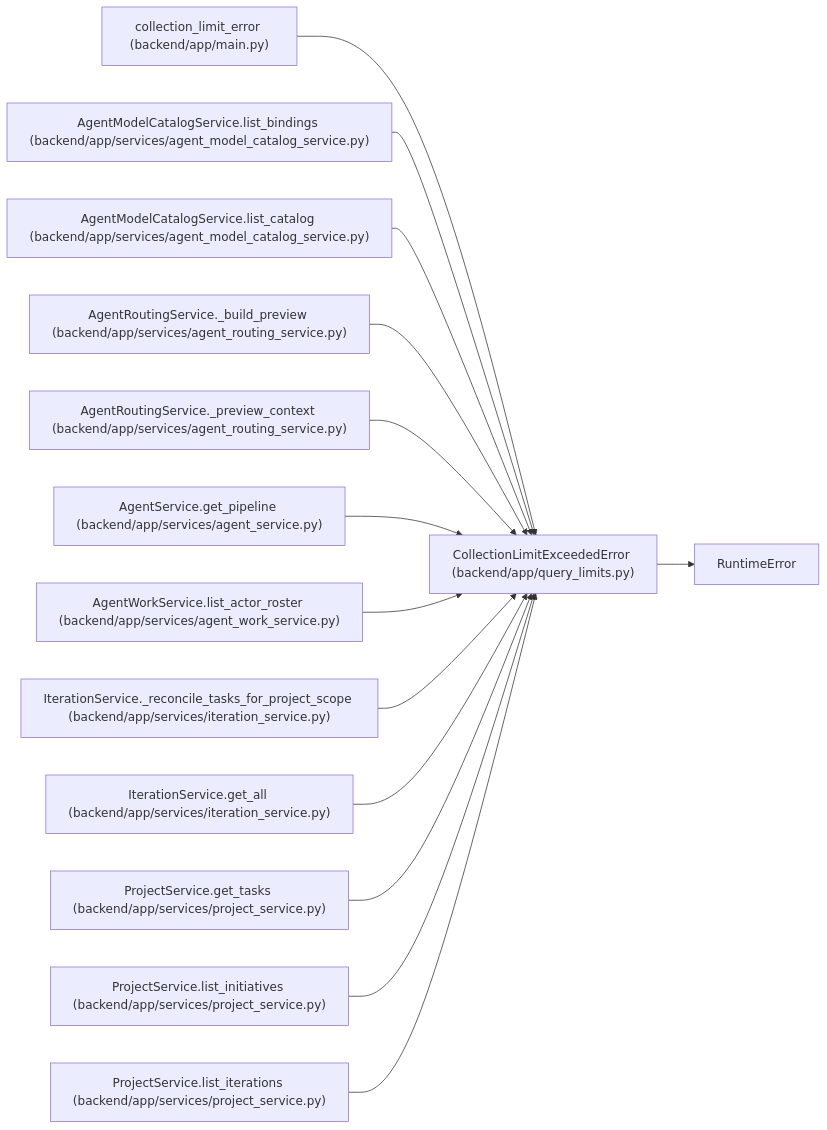
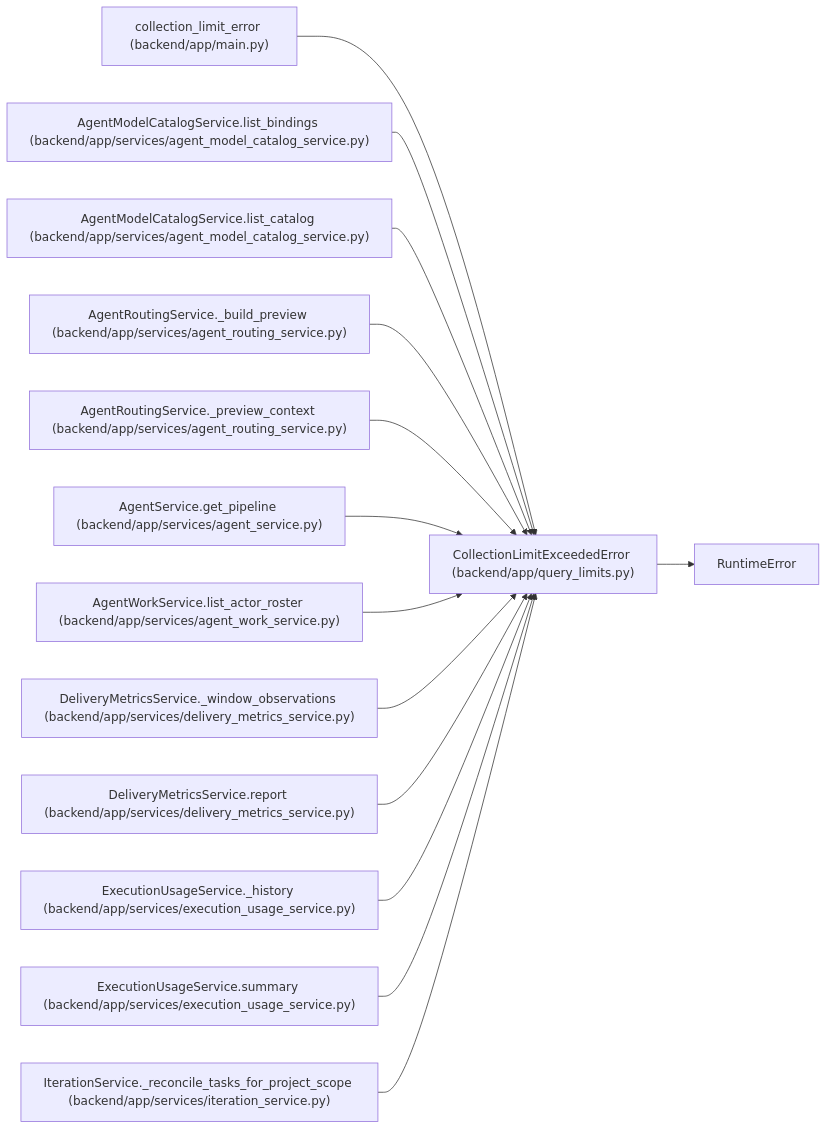
Before and after one commit to Denissvgn/WorkChord: the diagram in docs/llm_wiki/entities/CollectionLimitExceededError.md, drawn with Mermaid. The commit also changed other lines of this file and 6624 other files, not shown here.

````diff
--- a/docs/llm_wiki/entities/CollectionLimitExceededError.md
+++ b/docs/llm_wiki/entities/CollectionLimitExceededError.md
@@ -26,43 +26,43 @@
 ```mermaid
 flowchart LR
     n0["CollectionLimitExceededError (backend/app/query_limits.py)"]
     n1["RuntimeError"]
     n2["collection_limit_error (backend/app/main.py)"]
     n3["AgentModelCatalogService.list_bindings (backend/app/services/agent_model_catalog_service.py)"]
     n4["AgentModelCatalogService.list_catalog (backend/app/services/agent_model_catalog_service.py)"]
     n5["AgentRoutingService._build_preview (backend/app/services/agent_routing_service.py)"]
     n6["AgentRoutingService._preview_context (backend/app/services/agent_routing_service.py)"]
     n7["AgentService.get_pipeline (backend/app/services/agent_service.py)"]
     n8["AgentWorkService.list_actor_roster (backend/app/services/agent_work_service.py)"]
-    n9["IterationService._reconcile_tasks_for_project_scope (backend/app/services/iteration_service.py)"]
-    n10["IterationService.get_all (backend/app/services/iteration_service.py)"]
-    n11["ProjectService.get_tasks (backend/app/services/project_service.py)"]
-    n12["ProjectService.list_initiatives (backend/app/services/project_service.py)"]
-    n13["ProjectService.list_iterations (backend/app/services/project_service.py)"]
+    n9["DeliveryMetricsService._window_observations (backend/app/services/delivery_metrics_service.py)"]
+    n10["DeliveryMetricsService.report (backend/app/services/delivery_metrics_service.py)"]
+    n11["ExecutionUsageService._history (backend/app/services/execution_usage_service.py)"]
+    n12["ExecutionUsageService.summary (backend/app/services/execution_usage_service.py)"]
+    n13["IterationService._reconcile_tasks_for_project_scope (backend/app/services/iteration_service.py)"]
     n0 --> n1
     n2 --> n0
     n3 --> n0
     n4 --> n0
     n5 --> n0
     n6 --> n0
     n7 --> n0
     n8 --> n0
     n9 --> n0
     n10 --> n0
     n11 --> n0
     n12 --> n0
     n13 --> n0
     click n0 "../modules/query_limits.md"
     click n2 "../modules/app_main.md"
     click n3 "../modules/agent_model_catalog_service.md"
     click n4 "../modules/agent_model_catalog_service.md"
     click n5 "../modules/agent_routing_service.md"
     click n6 "../modules/agent_routing_service.md"
     click n7 "../modules/agent_service.md"
     click n8 "../modules/agent_work_service.md"
-    click n9 "../modules/iteration_service.md"
-    click n10 "../modules/iteration_service.md"
-    click n11 "../modules/project_service.md"
-    click n12 "../modules/project_service.md"
-    click n13 "../modules/project_service.md"
+    click n9 "../modules/delivery_metrics_service.md"
+    click n10 "../modules/delivery_metrics_service.md"
+    click n11 "../modules/execution_usage_service.md"
+    click n12 "../modules/execution_usage_service.md"
+    click n13 "../modules/iteration_service.md"
 ```
````
